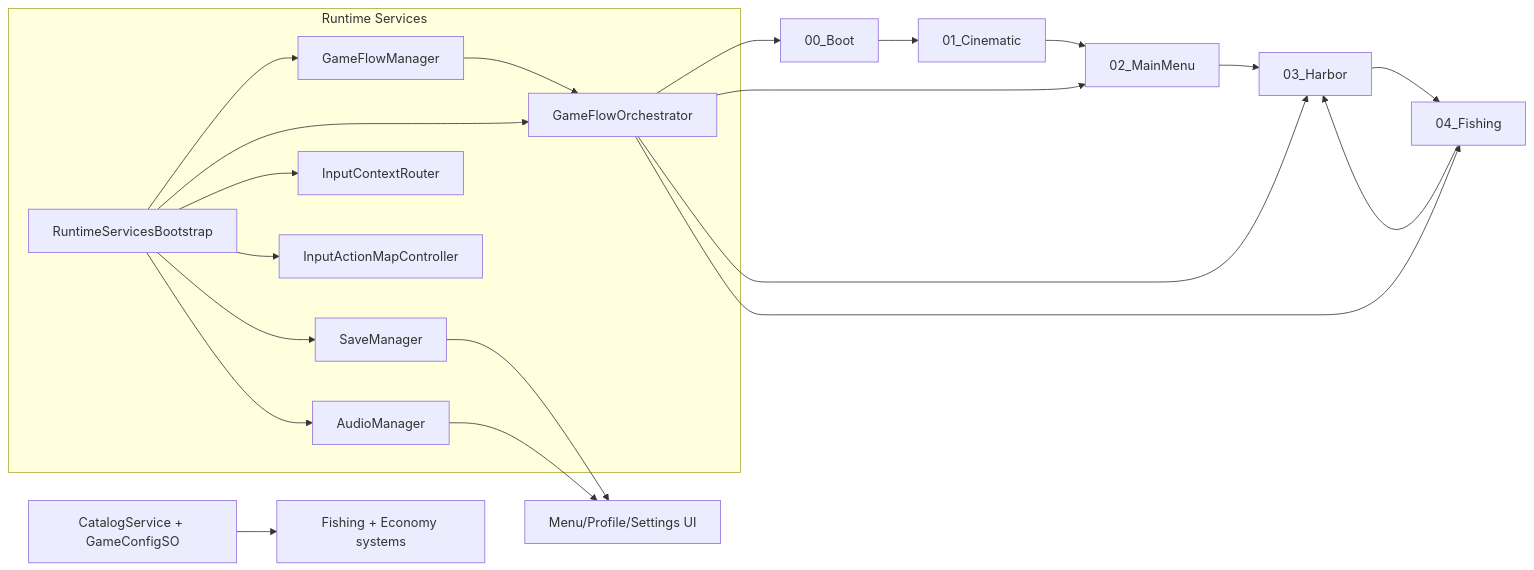
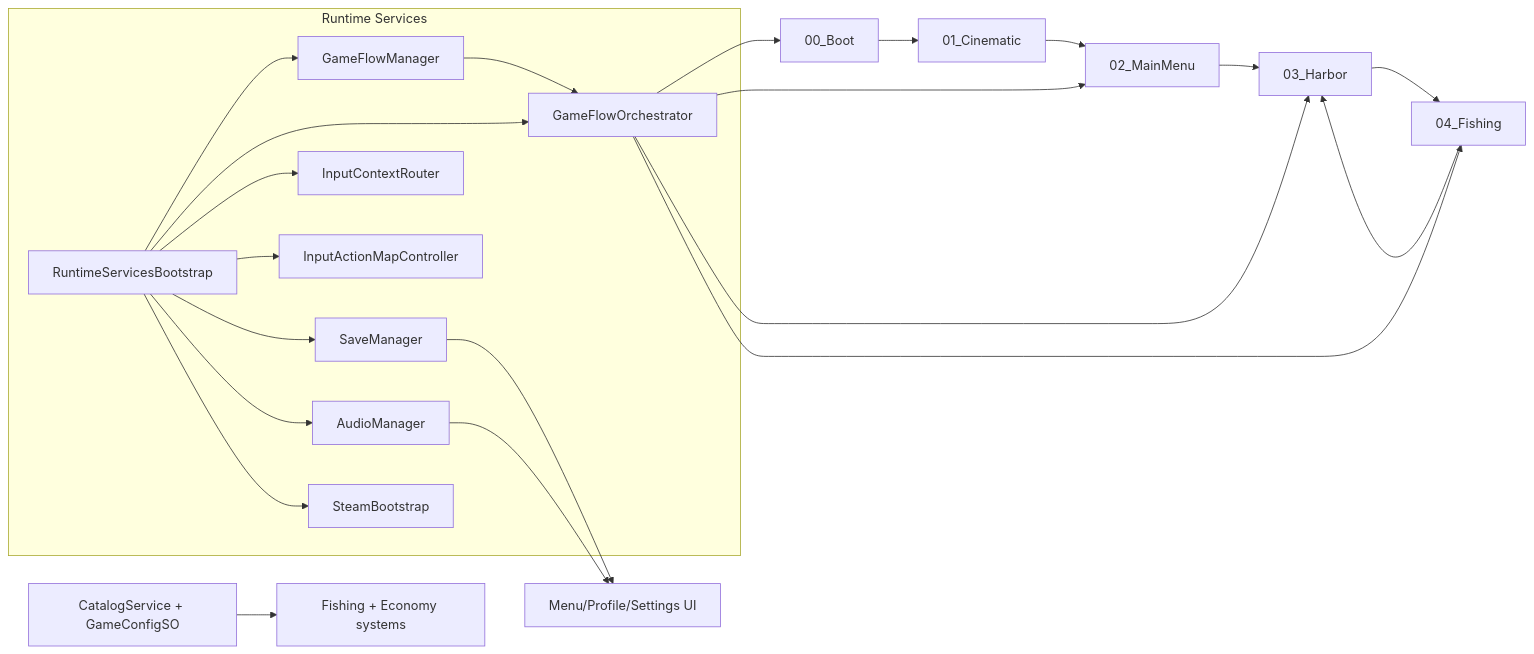
One commit to raven-dev-ops/Unity_Fishing_Steam_Game changed the diagram in docs/ARCHITECTURE.md. Above: the diagram before and after it, drawn with Mermaid. The commit also changed other lines of this file and 34 other files, not shown here.

````diff
--- a/docs/ARCHITECTURE.md
+++ b/docs/ARCHITECTURE.md
@@ -3,35 +3,37 @@
 ```mermaid
 flowchart LR
   Boot[00_Boot] --> Cinematic[01_Cinematic]
   Cinematic --> MainMenu[02_MainMenu]
   MainMenu --> Harbor[03_Harbor]
   Harbor --> Fishing[04_Fishing]
   Fishing --> Harbor
 
   subgraph Runtime Services
     GS[RuntimeServicesBootstrap]
     GFM[GameFlowManager]
     GFO[GameFlowOrchestrator]
     ICR[InputContextRouter]
     IAMC[InputActionMapController]
     SM[SaveManager]
     AM[AudioManager]
+    ST[SteamBootstrap]
   end
 
   GS --> GFM
   GS --> GFO
   GS --> ICR
   GS --> IAMC
   GS --> SM
   GS --> AM
+  GS --> ST
 
   GFM --> GFO
   GFO --> Boot
   GFO --> MainMenu
   GFO --> Harbor
   GFO --> Fishing
 
   Catalog[CatalogService + GameConfigSO] --> FishingSystems[Fishing + Economy systems]
   SM --> UISystems[Menu/Profile/Settings UI]
   AM --> UISystems
 ```
````
